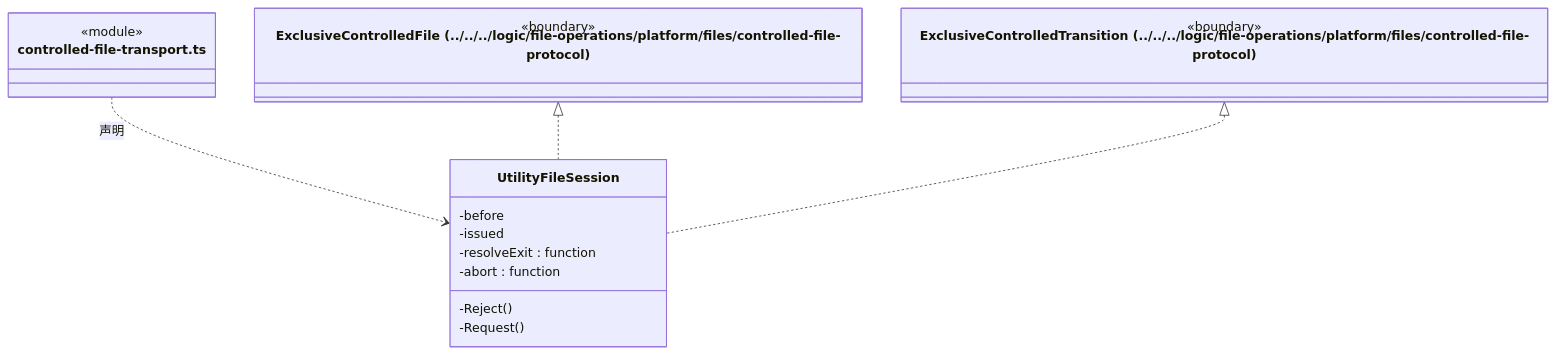
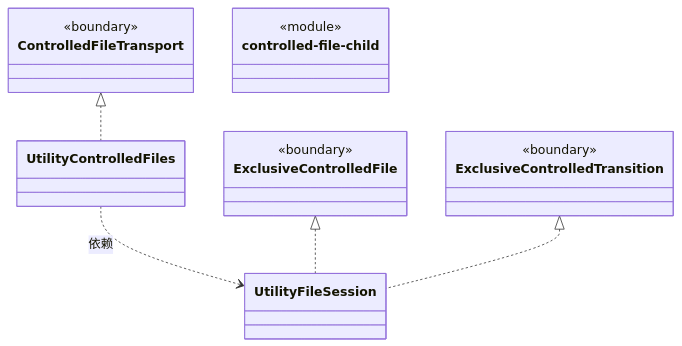
One commit to nan023062/cbim changed the diagram in src/bridge/server/platform/ARCHITECTURE.md. Above: the diagram before and after it, drawn with Mermaid. The commit also changed other lines of this file and 158 other files, not shown here.

Commit message:
docs: model architecture through nested virtual encapsulations

````diff
--- a/src/bridge/server/platform/ARCHITECTURE.md
+++ b/src/bridge/server/platform/ARCHITECTURE.md
@@ -126,23 +19,27 @@
 ```mermaid
 classDiagram
-class N_src_bridge_server_platform_controlled_file_transport_ts["controlled-file-transport.ts"] {
+class N_3fe3ea2fbc3b["UtilityFileSession"]
+click N_3fe3ea2fbc3b href "controlled-file-transport.ts"
+class N_b36c5ff7b288["UtilityControlledFiles"]
+click N_b36c5ff7b288 href "controlled-file-transport.ts"
+class N_2e7db51b08ec["ExclusiveControlledFile"] {
+  <<boundary>>
+}
+click N_2e7db51b08ec href "../../../logic/file-operations/platform/files/controlled-file-protocol.ts"
+class N_abab7c04cc45["ExclusiveControlledTransition"] {
+  <<boundary>>
+}
+click N_abab7c04cc45 href "../../../logic/file-operations/platform/files/controlled-file-protocol.ts"
+class N_c26bee20225b["ControlledFileTransport"] {
+  <<boundary>>
+}
+click N_c26bee20225b href "../../../logic/file-operations/platform/files/controlled-file-protocol.ts"
+class N_adf0246a3eb1["controlled-file-child"] {
   <<module>>
 }
-class N_src_bridge_server_platform_controlled_file_transport_ts_UtilityFileSession["UtilityFileSession"] {
-  -before
-  -issued
-  -resolveExit : function
-  -abort : function
-  -Reject()
-  -Request()
-}
-N_src_bridge_server_platform_controlled_file_transport_ts ..> N_src_bridge_server_platform_controlled_file_transport_ts_UtilityFileSession : 声明
-class N_src_bridge_server_platform_controlled_file_transport_ts_external_ExclusiveControlledFile["ExclusiveControlledFile (../../../logic/file-operations/platform/files/controlled-file-protocol)"] {
-  <<boundary>>
-}
-N_src_bridge_server_platform_controlled_file_transport_ts_external_ExclusiveControlledFile <|.. N_src_bridge_server_platform_controlled_file_transport_ts_UtilityFileSession
-class N_src_bridge_server_platform_controlled_file_transport_ts_external_ExclusiveControlledTransition["ExclusiveControlledTransition (../../../logic/file-operations/platform/files/controlled-file-protocol)"] {
-  <<boundary>>
-}
-N_src_bridge_server_platform_controlled_file_transport_ts_external_ExclusiveControlledTransition <|.. N_src_bridge_server_platform_controlled_file_transport_ts_UtilityFileSession
+click N_adf0246a3eb1 href "controlled-file-child.ts"
+N_b36c5ff7b288 ..> N_3fe3ea2fbc3b : 依赖
+N_c26bee20225b <|.. N_b36c5ff7b288
+N_2e7db51b08ec <|.. N_3fe3ea2fbc3b
+N_abab7c04cc45 <|.. N_3fe3ea2fbc3b
 ```
````
